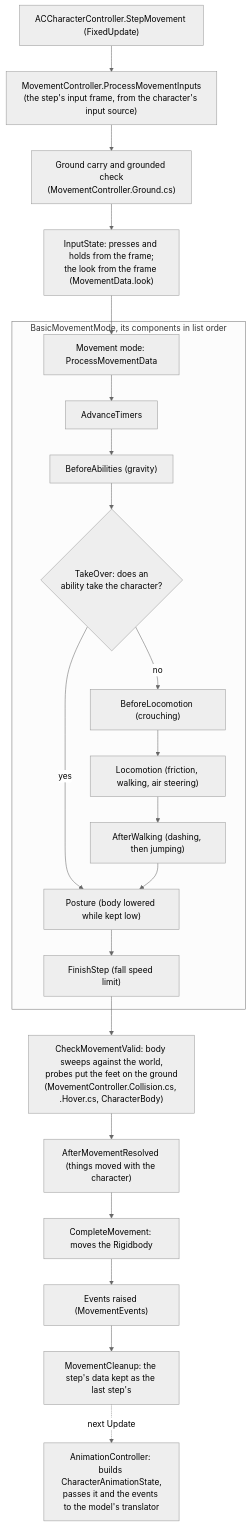
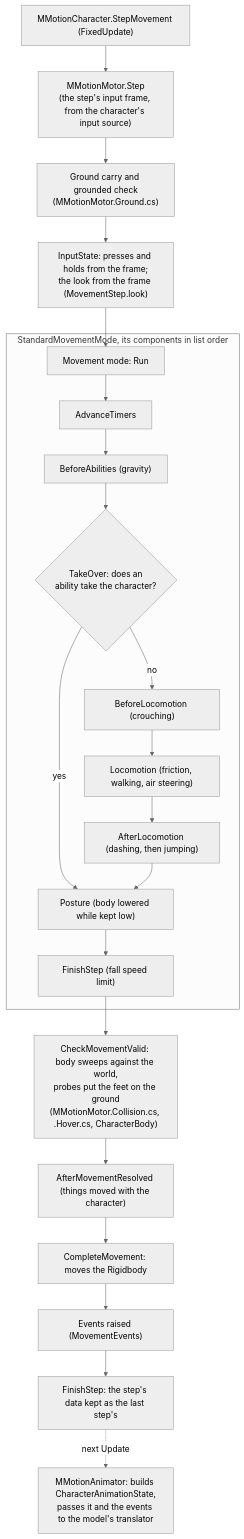
One commit to HOMMUSVAMPIRE/Character-Showcase changed the first of 2 diagrams in docs/architecture.md. Above: the diagram before and after it, drawn with Mermaid (neutral theme). The commit also changed other lines of this file and 642 other files, not shown here.

````diff
--- a/docs/architecture.md
+++ b/docs/architecture.md
@@ -22,24 +22,24 @@
 ```mermaid
 flowchart TD
-    A["ACCharacterController.StepMovement (FixedUpdate)"] --> B["MovementController.ProcessMovementInputs<br/>(the step's input frame, from the character's input source)"]
-    B --> C["Ground carry and grounded check<br/>(MovementController.Ground.cs)"]
-    C --> C2["InputState: presses and holds from the frame;<br/>the look from the frame (MovementData.look)"]
-    C2 --> D["Movement mode: ProcessMovementData"]
-    subgraph Mode["BasicMovementMode, its components in list order"]
+    A["MMotionCharacter.StepMovement (FixedUpdate)"] --> B["MMotionMotor.Step<br/>(the step's input frame, from the character's input source)"]
+    B --> C["Ground carry and grounded check<br/>(MMotionMotor.Ground.cs)"]
+    C --> C2["InputState: presses and holds from the frame;<br/>the look from the frame (MovementStep.look)"]
+    C2 --> D["Movement mode: Run"]
+    subgraph Mode["StandardMovementMode, its components in list order"]
         D --> D1["AdvanceTimers"]
         D1 --> D2["BeforeAbilities (gravity)"]
         D2 --> D3{"TakeOver: does an<br/>ability take the character?"}
         D3 -- no --> D4["BeforeLocomotion (crouching)"]
         D4 --> D5["Locomotion (friction, walking, air steering)"]
-        D5 --> D6["AfterWalking (dashing, then jumping)"]
+        D5 --> D6["AfterLocomotion (dashing, then jumping)"]
         D3 -- yes --> D7
         D6 --> D7["Posture (body lowered while kept low)"]
         D7 --> D8["FinishStep (fall speed limit)"]
     end
-    D8 --> E["CheckMovementValid: body sweeps against the world,<br/>probes put the feet on the ground<br/>(MovementController.Collision.cs, .Hover.cs, CharacterBody)"]
+    D8 --> E["CheckMovementValid: body sweeps against the world,<br/>probes put the feet on the ground<br/>(MMotionMotor.Collision.cs, .Hover.cs, CharacterBody)"]
     E --> F["AfterMovementResolved (things moved with the character)"]
     F --> G["CompleteMovement: moves the Rigidbody"]
     G --> H["Events raised (MovementEvents)"]
-    H --> H2["MovementCleanup: the step's data kept as the last step's"]
-    H2 -. "next Update" .-> I["AnimationController: builds CharacterAnimationState,<br/>passes it and the events to the model's translator"]
+    H --> H2["FinishStep: the step's data kept as the last step's"]
+    H2 -. "next Update" .-> I["MMotionAnimator: builds CharacterAnimationState,<br/>passes it and the events to the model's translator"]
 ```
````
